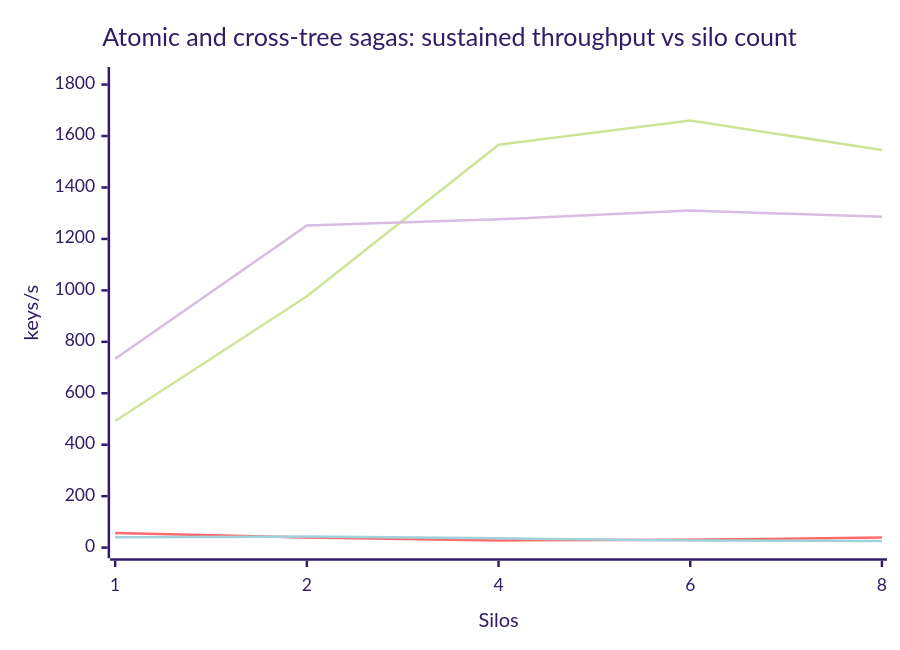
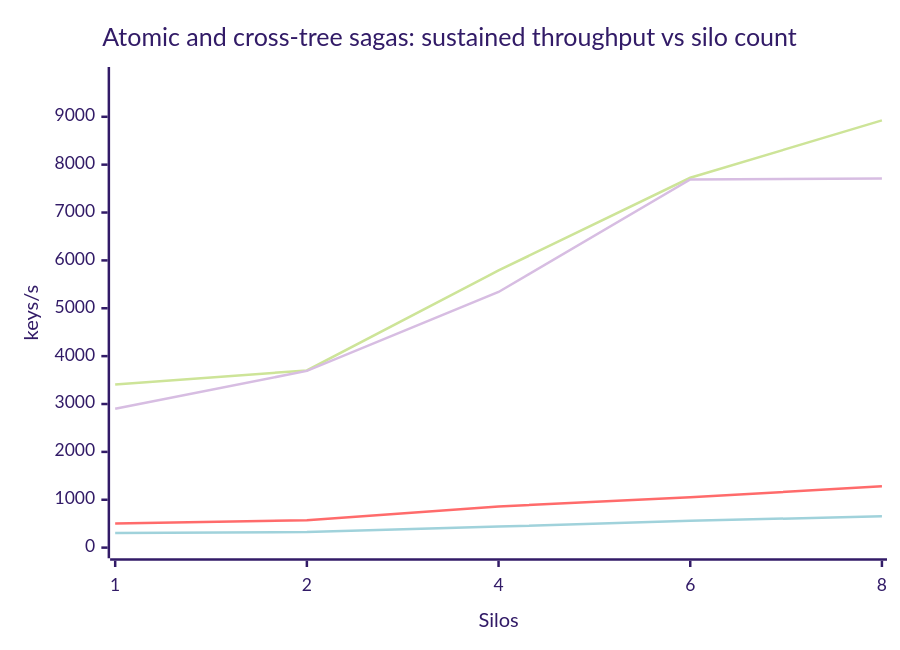
One commit to NSTA1/Orleans.Lattice changed the fourth of 4 diagrams in docs/lattice/performance-multi-silo.md. Above: the diagram before and after it, drawn with Mermaid (forest theme). The commit also changed other lines of this file and 1 other file, not shown here.

````diff
--- a/docs/lattice/performance-multi-silo.md
+++ b/docs/lattice/performance-multi-silo.md
@@ -89,10 +91,10 @@
 ```mermaid
 xychart-beta
     title "Atomic and cross-tree sagas: sustained throughput vs silo count"
     x-axis "Silos" ["1", "2", "4", "6", "8"]
-    y-axis "keys/s" 0 --> 1827
-    line [492, 977, 1566, 1660, 1546]
-    line [57, 39, 28, 31, 39]
-    line [40, 43, 36, 28, 26]
-    line [734, 1252, 1276, 1310, 1286]
+    y-axis "keys/s" 0 --> 9818
+    line [3410, 3701, 5790, 7726, 8925]
+    line [502, 573, 860, 1052, 1282]
+    line [304, 326, 440, 559, 655]
+    line [2902, 3692, 5340, 7690, 7712]
 ```
````
